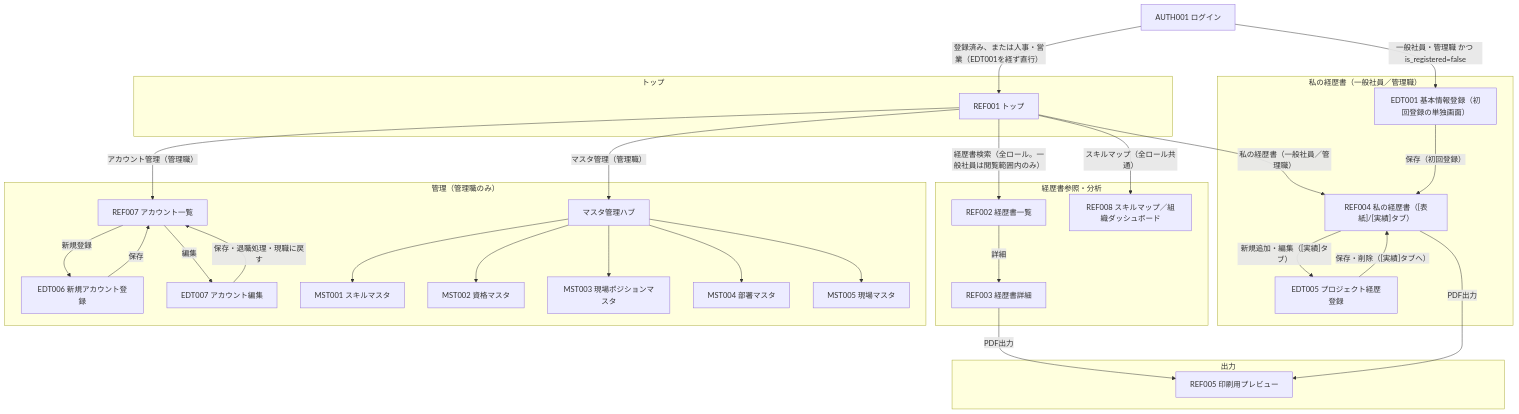
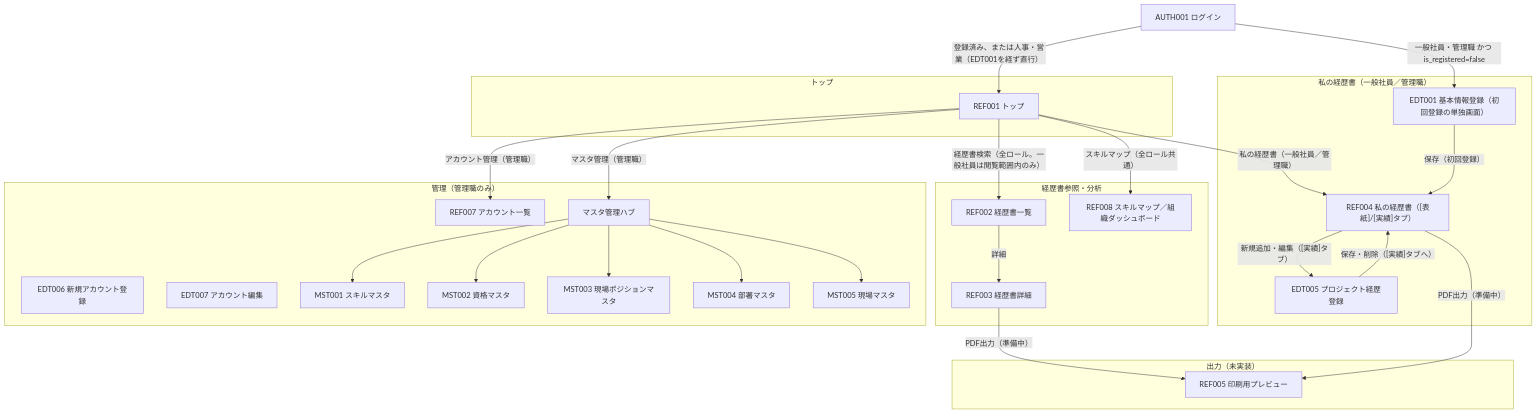
Before and after one commit to kinohim/talent-management: the diagram in docs/screen-flow.md, drawn with Mermaid. The commit also changed other lines of this file and 55 other files, not shown here.

````diff
--- a/docs/screen-flow.md
+++ b/docs/screen-flow.md
@@ -16,72 +17,66 @@
 ```mermaid
 flowchart TD
     AUTH001[AUTH001 ログイン]
 
     subgraph top["トップ"]
         REF001[REF001 トップ]
     end
 
     subgraph mypage["私の経歴書（一般社員／管理職）"]
         REF004["REF004 私の経歴書（[表紙]/[実績]タブ）"]
         EDT001[EDT001 基本情報登録（初回登録の単独画面）]
         EDT005[EDT005 プロジェクト経歴登録]
     end
 
     subgraph search["経歴書参照・分析"]
         REF002[REF002 経歴書一覧]
         REF003[REF003 経歴書詳細]
         REF008[REF008 スキルマップ／組織ダッシュボード]
     end
 
-    subgraph output["出力"]
+    subgraph output["出力（未実装）"]
         REF005[REF005 印刷用プレビュー]
     end
 
     subgraph admin["管理（管理職のみ）"]
         REF007[REF007 アカウント一覧]
         EDT006[EDT006 新規アカウント登録]
         EDT007[EDT007 アカウント編集]
         MASTERHUB[マスタ管理ハブ]
         MST001[MST001 スキルマスタ]
         MST002[MST002 資格マスタ]
         MST003[MST003 現場ポジションマスタ]
         MST004[MST004 部署マスタ]
         MST005[MST005 現場マスタ]
     end
 
     %% ---- 認証・初回ログイン（ロール別分岐） ----
     AUTH001 -->|"一般社員・管理職 かつ is_registered=false"| EDT001
     AUTH001 -->|"登録済み、または人事・営業（EDT001を経ず直行）"| REF001
 
     %% ---- トップからの導線（タイルはロールで表示制御） ----
     REF001 -->|"私の経歴書（一般社員／管理職）"| REF004
     REF001 -->|"経歴書検索（全ロール。一般社員は閲覧範囲内のみ）"| REF002
     REF001 -->|"スキルマップ（全ロール共通）"| REF008
     REF001 -->|"アカウント管理（管理職）"| REF007
     REF001 -->|"マスタ管理（管理職）"| MASTERHUB
     MASTERHUB --> MST001
     MASTERHUB --> MST002
     MASTERHUB --> MST003
     MASTERHUB --> MST004
     MASTERHUB --> MST005
 
     %% ---- 私の経歴書 ----
     %% EDT002〜EDT004（＋EDT001の編集）はREF004[表紙]タブ内のセクション編集に
     %% 統合済みで画面遷移を伴わない。REF006はREF004[実績]タブに統合済み。
     REF004 -->|"新規追加・編集（[実績]タブ）"| EDT005
     EDT001 -->|"保存（初回登録）"| REF004
     EDT005 -->|"保存・削除（[実績]タブへ）"| REF004
 
     %% ---- 経歴書参照 ----
     REF002 -->|詳細| REF003
 
-    %% ---- 出力（2段階フロー: 出力ボタン→プレビュー→DL/印刷） ----
-    REF003 -->|PDF出力| REF005
-    REF004 -->|PDF出力| REF005
-
-    %% ---- アカウント管理 ----
-    REF007 -->|新規登録| EDT006
-    REF007 -->|編集| EDT007
-    EDT006 -->|保存| REF007
-    EDT007 -->|"保存・退職処理・現職に戻す"| REF007
+    %% ---- 出力（2段階フロー: 出力ボタン→プレビュー→DL/印刷。未実装） ----
+    REF003 -->|"PDF出力（準備中）"| REF005
+    REF004 -->|"PDF出力（準備中）"| REF005
 ```
````
